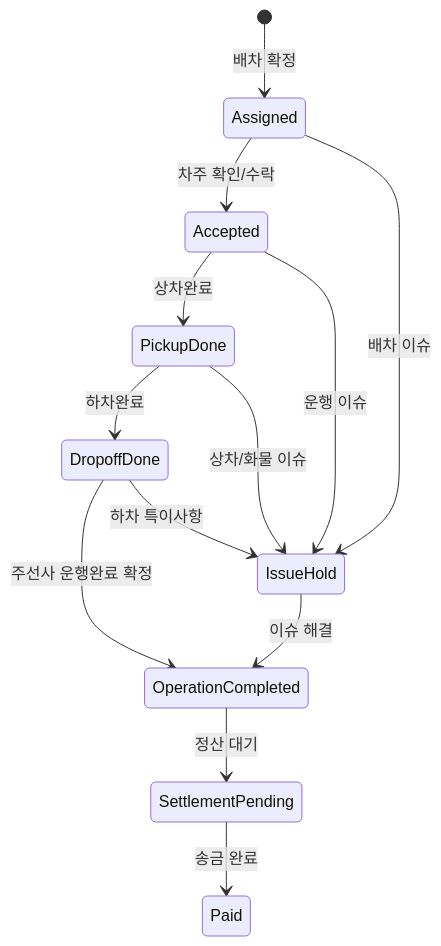
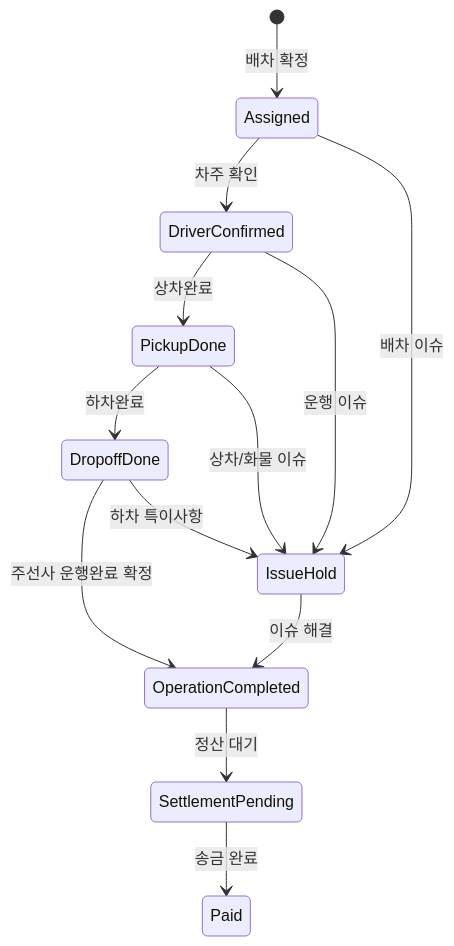
One commit to CtrlCVbot/Design changed the diagram in .plans/20260624-cargo-carowner-app-design/planning/02-carowner-app-feature-plan.md. Above: the diagram before and after it, drawn with Mermaid. The commit also changed other lines of this file and 2 other files, not shown here.

````diff
--- a/.plans/20260624-cargo-carowner-app-design/planning/02-carowner-app-feature-plan.md
+++ b/.plans/20260624-cargo-carowner-app-design/planning/02-carowner-app-feature-plan.md
@@ -127,15 +127,15 @@
 ```mermaid
 stateDiagram-v2
     [*] --> Assigned: 배차 확정
-    Assigned --> Accepted: 차주 확인/수락
-    Accepted --> PickupDone: 상차완료
+    Assigned --> DriverConfirmed: 차주 확인
+    DriverConfirmed --> PickupDone: 상차완료
     PickupDone --> DropoffDone: 하차완료
     DropoffDone --> OperationCompleted: 주선사 운행완료 확정
     OperationCompleted --> SettlementPending: 정산 대기
     SettlementPending --> Paid: 송금 완료
     Assigned --> IssueHold: 배차 이슈
-    Accepted --> IssueHold: 운행 이슈
+    DriverConfirmed --> IssueHold: 운행 이슈
     PickupDone --> IssueHold: 상차/화물 이슈
     DropoffDone --> IssueHold: 하차 특이사항
     IssueHold --> OperationCompleted: 이슈 해결
 ```
````
